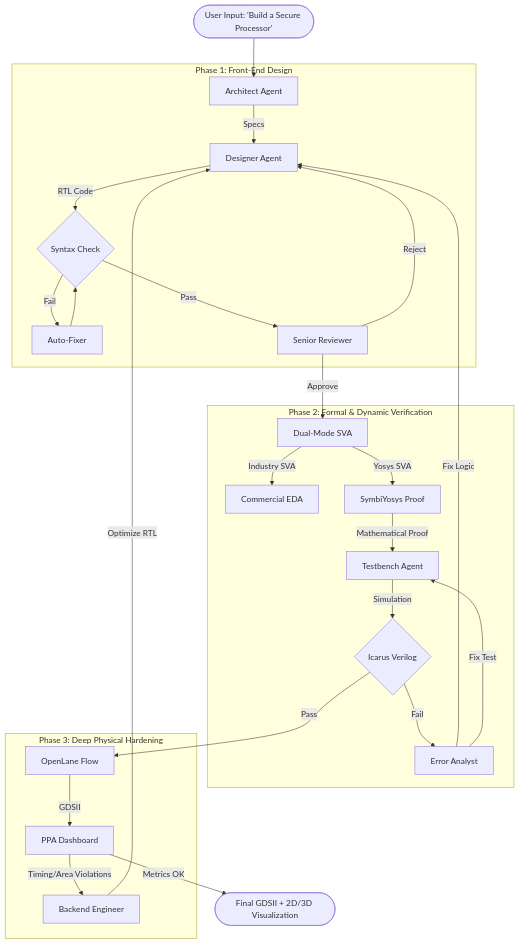
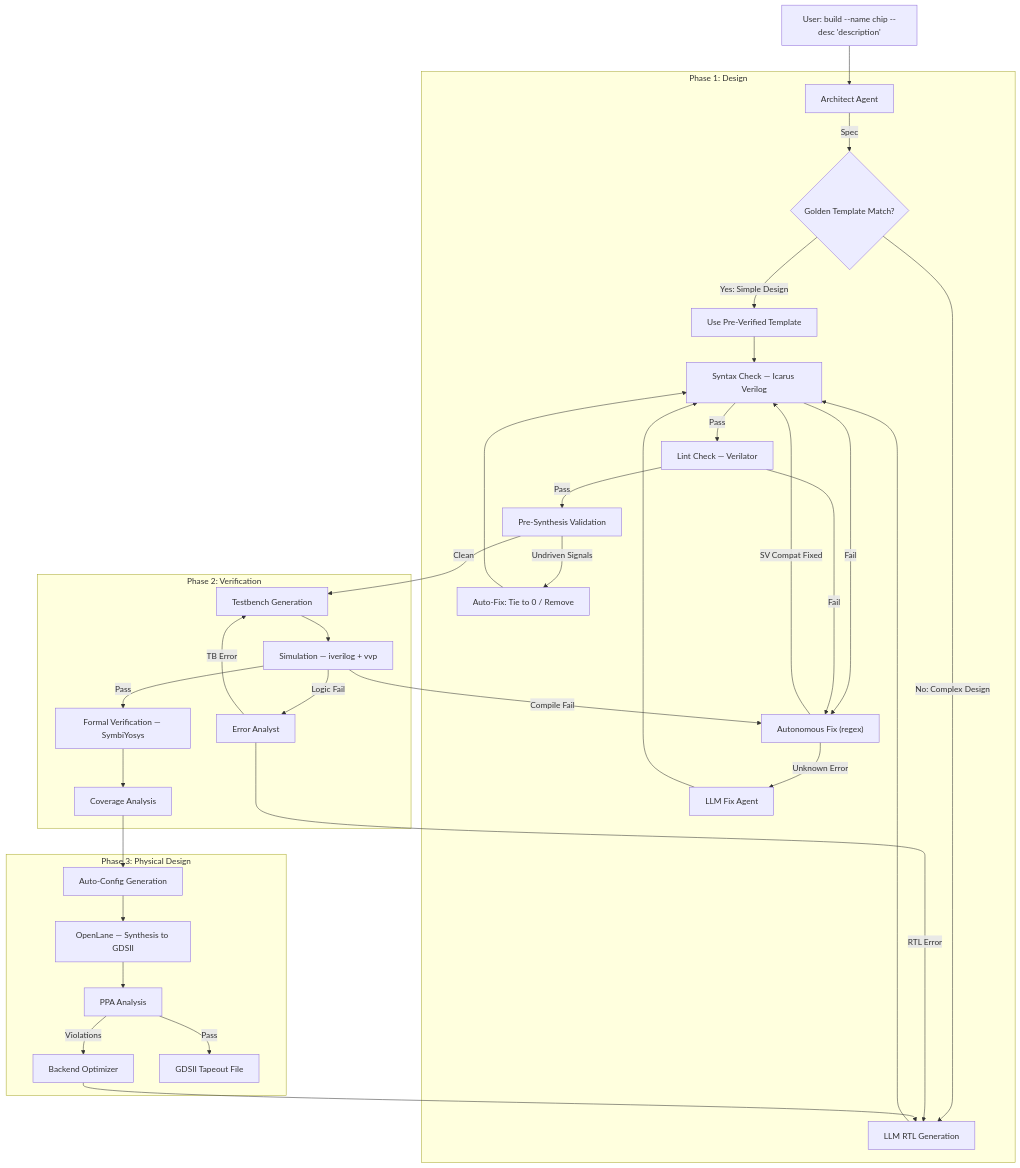
One commit to Vickyrrrrrr/AgentIC changed the diagram in README.md. Above: the diagram before and after it, drawn with Mermaid. The commit also changed other lines of this file and 26 other files, not shown here.

First line of the commit message:
feat: autonomous self-healing pipeline + pre-synthesis validation

````diff
--- a/README.md
+++ b/README.md
@@ -15,33 +13,41 @@
 ```mermaid
 graph TD
-    User(["User Input: 'Build a Secure Processor'"]) --> Architect
+    A["User: build --name chip --desc 'description'"] --> B[Architect Agent]
     
-    subgraph "Phase 1: Front-End Design"
-        Architect[Architect Agent] -->|Specs| Designer[Designer Agent]
-        Designer -->|RTL Code| SyntaxCheck{Syntax Check}
-        SyntaxCheck -- Fail --> Fixer[Auto-Fixer]
-        Fixer --> SyntaxCheck
-        SyntaxCheck -- Pass --> QA[Senior Reviewer]
-        QA -- Reject --> Designer
+    subgraph "Phase 1: Design"
+        B -->|Spec| C{Golden Template Match?}
+        C -->|Yes: Simple Design| D[Use Pre-Verified Template]
+        C -->|No: Complex Design| E[LLM RTL Generation]
+        D --> F[Syntax Check — Icarus Verilog]
+        E --> F
+        F -->|Fail| G["Autonomous Fix (regex)"]
+        G -->|SV Compat Fixed| F
+        G -->|Unknown Error| G2[LLM Fix Agent]
+        G2 --> F
+        F -->|Pass| H[Lint Check — Verilator]
+        H -->|Fail| G
+        H -->|Pass| H2[Pre-Synthesis Validation]
+        H2 -->|Undriven Signals| H3[Auto-Fix: Tie to 0 / Remove]
+        H3 --> F
     end
 
-    subgraph "Phase 2: Formal & Dynamic Verification"
-        QA -- Approve --> Formal[Dual-Mode SVA]
-        Formal -->|Industry SVA| Commercial[Commercial EDA]
-        Formal -->|Yosys SVA| SymbiYosys[SymbiYosys Proof]
-        SymbiYosys -->|Mathematical Proof| Testbench[Testbench Agent]
-        Testbench -->|Simulation| Sim{Icarus Verilog}
-        Sim -- Fail --> Debugger[Error Analyst]
-        Debugger -->|Fix Logic| Designer
-        Debugger -->|Fix Test| Testbench
+    subgraph "Phase 2: Verification"
+        H2 -->|Clean| I[Testbench Generation]
+        I --> J[Simulation — iverilog + vvp]
+        J -->|Compile Fail| G
+        J -->|Logic Fail| K[Error Analyst]
+        K -->|TB Error| I
+        K -->|RTL Error| E
+        J -->|Pass| L[Formal Verification — SymbiYosys]
+        L --> M[Coverage Analysis]
     end
 
-    subgraph "Phase 3: Deep Physical Hardening"
-        Sim -- Pass --> OpenLane[OpenLane Flow]
-        OpenLane -->|GDSII| PPA[PPA Dashboard]
-        PPA -- "Timing/Area Violations" --> Optimizer[Backend Engineer]
-        Optimizer -->|Optimize RTL| Designer
+    subgraph "Phase 3: Physical Design"
+        M --> N["Auto-Config Generation"]
+        N --> O[OpenLane — Synthesis to GDSII]
+        O --> P[PPA Analysis]
+        P -->|Violations| Q[Backend Optimizer]
+        Q --> E
+        P -->|Pass| R["GDSII Tapeout File"]
     end
-
-    PPA -- "Metrics OK" --> Tapeout([Final GDSII + 2D/3D Visualization])
 ```
````
